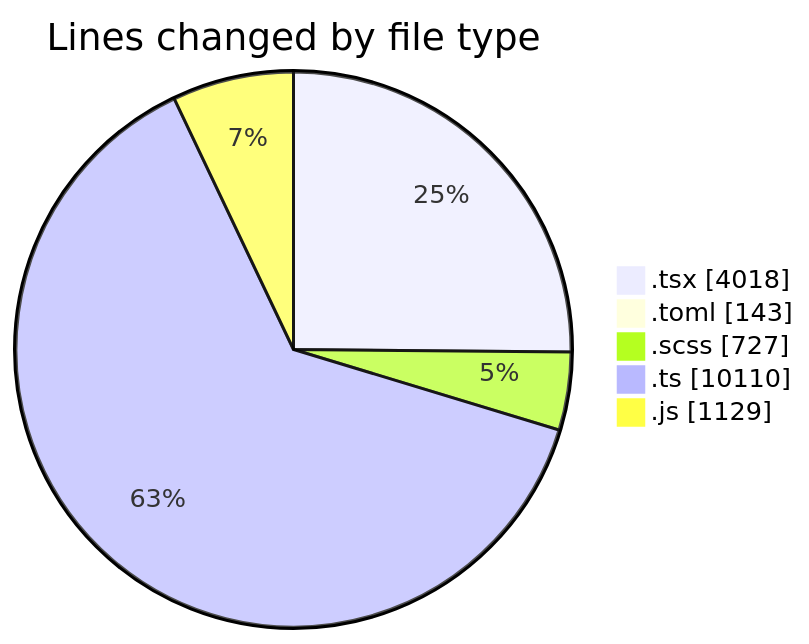
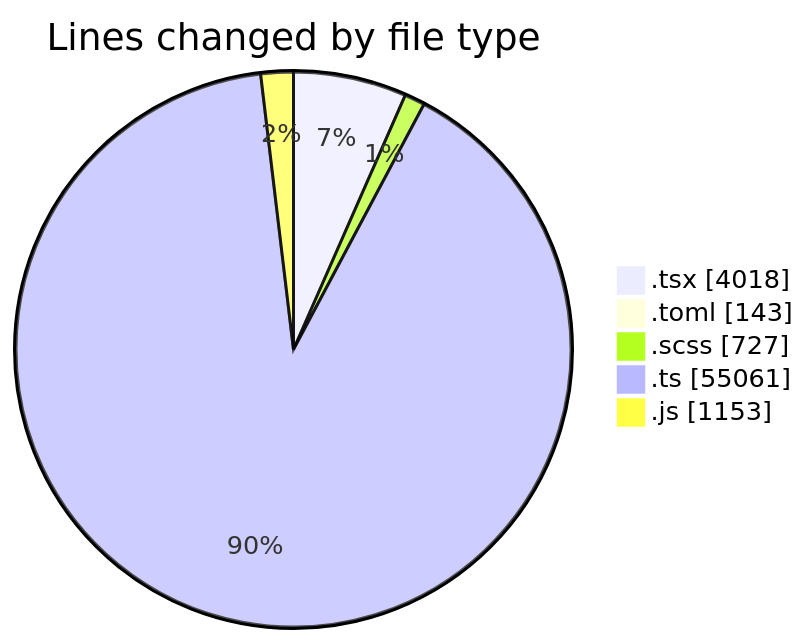
The first of 2 diagrams in 2026-11-02/cda/README.md (momahboobian/code-tracking), drawn with Mermaid before and after one commit. The commit also changed other lines of this file and 1 other file, not shown here.

````diff
--- a/2026-11-02/cda/README.md
+++ b/2026-11-02/cda/README.md
@@ -67,9 +77,9 @@
 ```mermaid
 pie showData
 title Lines changed by file type
 ".tsx" : 4018
 ".toml" : 143
 ".scss" : 727
-".ts" : 10110
-".js" : 1129
+".ts" : 55061
+".js" : 1153
 ```
````
